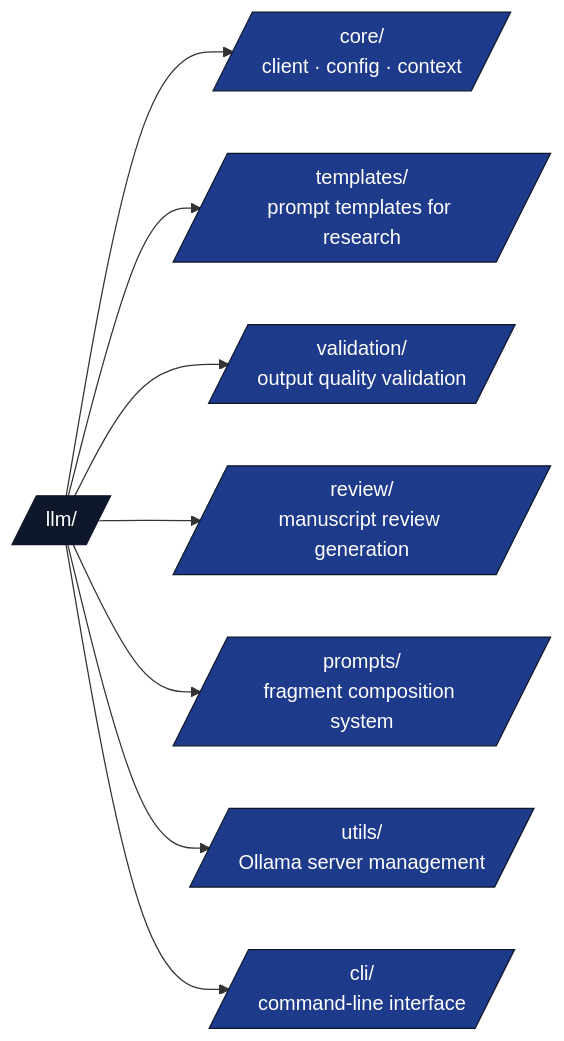
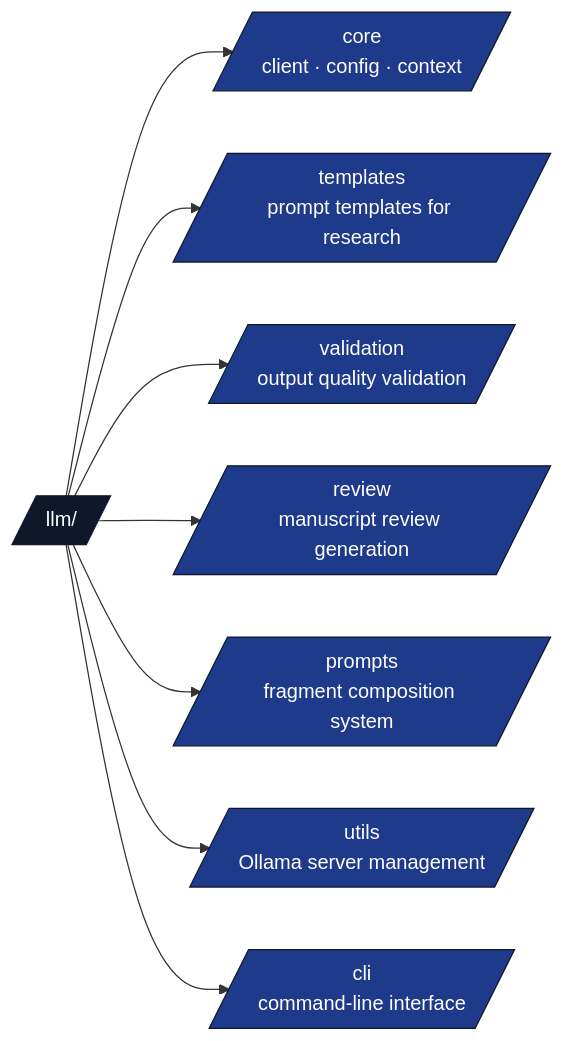
One commit to docxology/template changed the diagram in infrastructure/llm/SKILL.md. Above: the diagram before and after it, drawn with Mermaid. The commit also changed 164 other files, not shown here.

````diff
--- a/infrastructure/llm/SKILL.md
+++ b/infrastructure/llm/SKILL.md
@@ -12,16 +12,16 @@
 ```mermaid
 flowchart LR
     LLM[/llm//]
-    LLM --> CORE[/core/<br/>client · config · context/]
-    LLM --> TPL[/templates/<br/>prompt templates for research/]
-    LLM --> VAL[/validation/<br/>output quality validation/]
-    LLM --> RV[/review/<br/>manuscript review generation/]
-    LLM --> PR[/prompts/<br/>fragment composition system/]
-    LLM --> UT[/utils/<br/>Ollama server management/]
-    LLM --> CLI[/cli/<br/>command-line interface/]
+    LLM --> CORE[/core<br/>client · config · context/]
+    LLM --> TPL[/templates<br/>prompt templates for research/]
+    LLM --> VAL[/validation<br/>output quality validation/]
+    LLM --> RV[/review<br/>manuscript review generation/]
+    LLM --> PR[/prompts<br/>fragment composition system/]
+    LLM --> UT[/utils<br/>Ollama server management/]
+    LLM --> CLI[/cli<br/>command-line interface/]
 
     classDef d fill:#0f172a,stroke:#0f172a,color:#fff
     classDef pkg fill:#1e3a8a,stroke:#0f172a,color:#fff
     class LLM d
     class CORE,TPL,VAL,RV,PR,UT,CLI pkg
 ```
````
